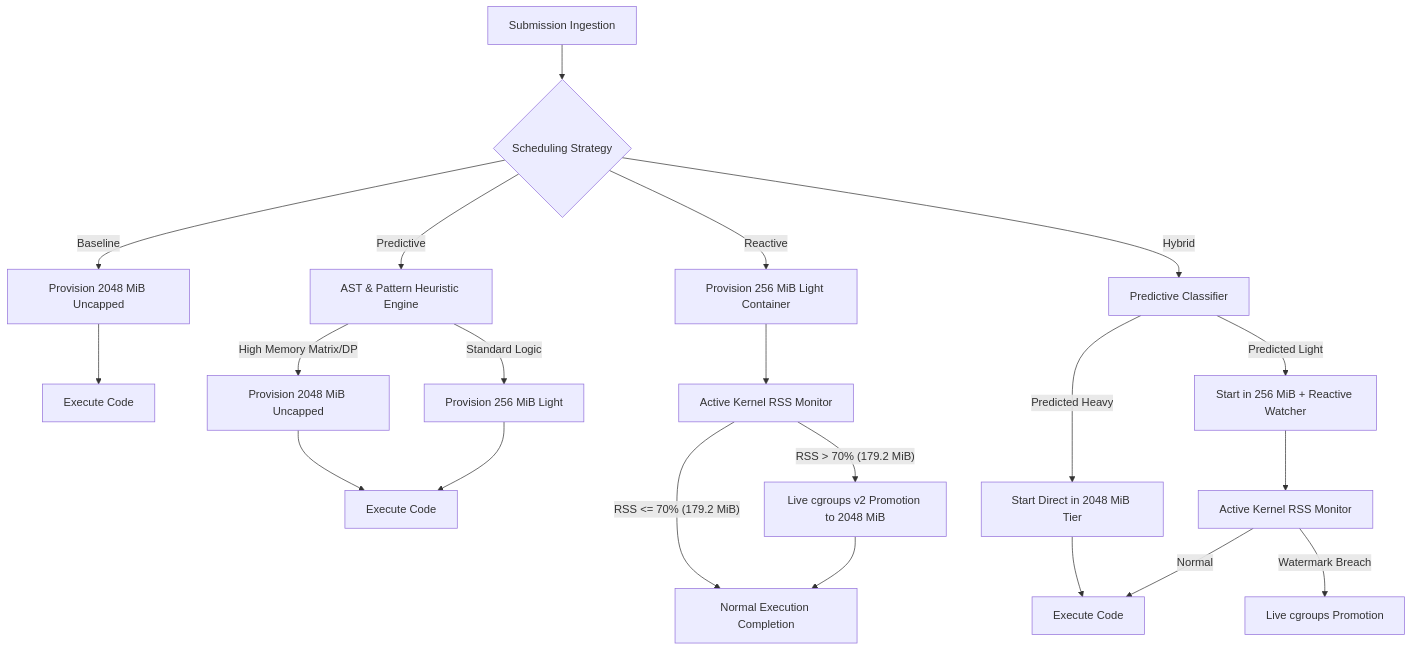
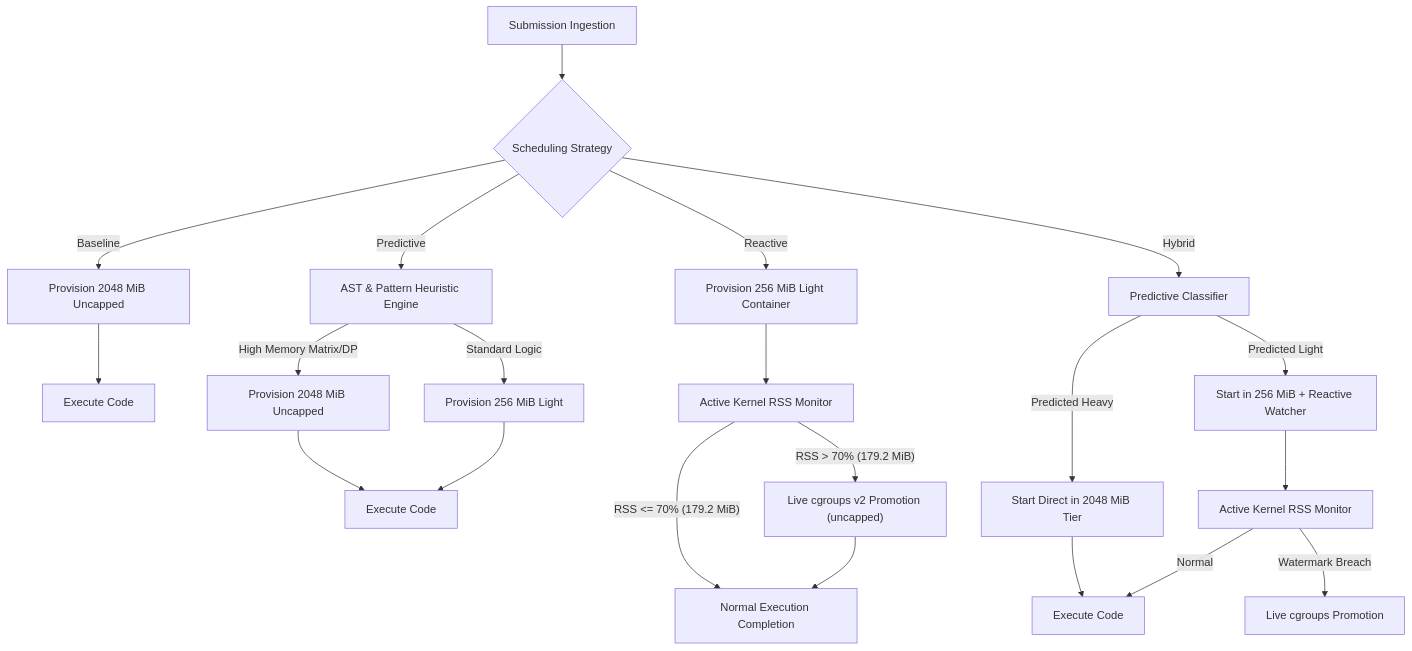
Before and after one commit to Dhanush-M-1/RAAS-OCJS-1: the first of 2 diagrams in docs/CONFERENCE_EVALUATION_REPORT.md, drawn with Mermaid. The commit also changed other lines of this file and 8 other files, not shown here.

````diff
--- a/docs/CONFERENCE_EVALUATION_REPORT.md
+++ b/docs/CONFERENCE_EVALUATION_REPORT.md
@@ -142,27 +146,27 @@
 ```mermaid
 flowchart TD
     Sub["Submission Ingestion"] --> Strat{"Scheduling Strategy"}
     
     Strat -->|"Baseline"| B1["Provision 2048 MiB Uncapped"]
     B1 --> ExecB["Execute Code"]
     
     Strat -->|"Predictive"| P1["AST & Pattern Heuristic Engine"]
     P1 -->|"High Memory Matrix/DP"| P_Heavy["Provision 2048 MiB Uncapped"]
     P1 -->|"Standard Logic"| P_Light["Provision 256 MiB Light"]
     P_Heavy --> ExecP["Execute Code"]
     P_Light --> ExecP
     
     Strat -->|"Reactive"| R1["Provision 256 MiB Light Container"]
     R1 --> Mon["Active Kernel RSS Monitor"]
     Mon -->|"RSS <= 70% (179.2 MiB)"| ExecR["Normal Execution Completion"]
-    Mon -->|"RSS > 70% (179.2 MiB)"| Prom["Live cgroups v2 Promotion to 2048 MiB"]
+    Mon -->|"RSS > 70% (179.2 MiB)"| Prom["Live cgroups v2 Promotion (uncapped)"]
     Prom --> ExecR
     
     Strat -->|"Hybrid"| H1["Predictive Classifier"]
     H1 -->|"Predicted Heavy"| H_Heavy["Start Direct in 2048 MiB Tier"]
     H1 -->|"Predicted Light"| H_Light["Start in 256 MiB + Reactive Watcher"]
     H_Heavy --> ExecH["Execute Code"]
     H_Light --> MonH["Active Kernel RSS Monitor"]
     MonH -->|"Watermark Breach"| PromH["Live cgroups Promotion"]
     MonH -->|"Normal"| ExecH
 ```
````
